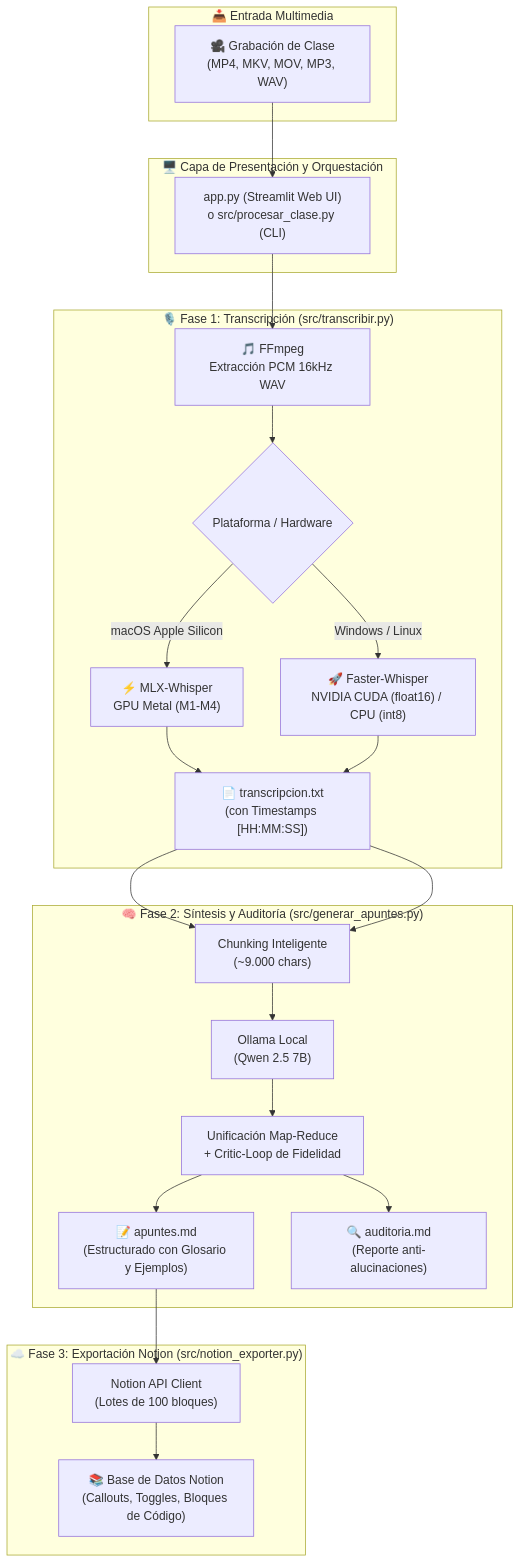
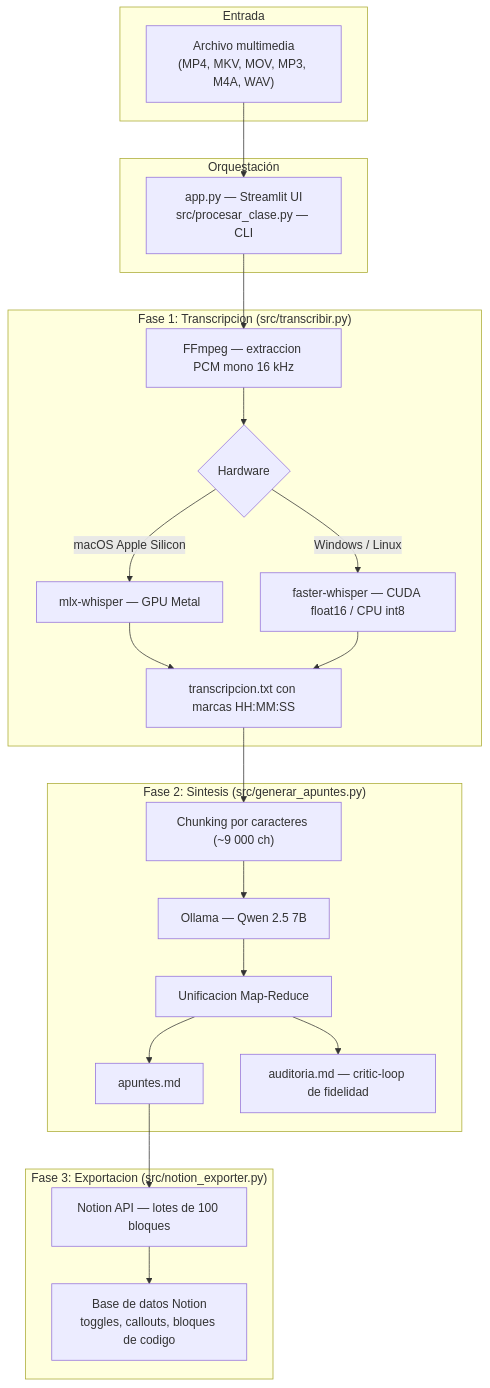
Before and after one commit to Fdemanna/lecture-flow: the diagram in README.md, drawn with Mermaid. The commit also changed other lines of this file, not shown here.

````diff
--- a/README.md
+++ b/README.md
@@ -33,36 +42,33 @@
 ```mermaid
 flowchart TD
-    subgraph ENTRADA["📥 Entrada Multimedia"]
-        A["🎥 Grabación de Clase<br/>(MP4, MKV, MOV, MP3, WAV)"]
+    subgraph INPUT["Entrada"]
+        A["Archivo multimedia<br/>(MP4, MKV, MOV, MP3, M4A, WAV)"]
     end
 
-    subgraph INTERFAZ["🖥️ Capa de Presentación y Orquestación"]
-        B["app.py (Streamlit Web UI)<br/>o src/procesar_clase.py (CLI)"]
+    subgraph ORCHESTRATION["Orquestación"]
+        B["app.py — Streamlit UI<br/>src/procesar_clase.py — CLI"]
     end
 
-    subgraph FASE1["🎙️ Fase 1: Transcripción (src/transcribir.py)"]
-        C["🎵 FFmpeg<br/>Extracción PCM 16kHz WAV"] --> D{"Plataforma / Hardware"}
-        D -->|macOS Apple Silicon| E["⚡ MLX-Whisper<br/>GPU Metal (M1-M4)"]
-        D -->|Windows / Linux| F["🚀 Faster-Whisper<br/>NVIDIA CUDA (float16) / CPU (int8)"]
-        E --> G["📄 transcripcion.txt<br/>(con Timestamps [HH:MM:SS])"]
+    subgraph PHASE1["Fase 1: Transcripcion  (src/transcribir.py)"]
+        C["FFmpeg — extraccion PCM mono 16 kHz"] --> D{"Hardware"}
+        D -->|"macOS Apple Silicon"| E["mlx-whisper — GPU Metal"]
+        D -->|"Windows / Linux"| F["faster-whisper — CUDA float16 / CPU int8"]
+        E --> G["transcripcion.txt con marcas HH:MM:SS"]
         F --> G
     end
 
-    subgraph FASE2["🧠 Fase 2: Síntesis y Auditoría (src/generar_apuntes.py)"]
-        H["Ollama Local<br/>(Qwen 2.5 7B)"]
-        G --> I["Chunking Inteligente<br/>(~9.000 chars)"]
-        I --> H
-        H --> J["Unificación Map-Reduce<br/>+ Critic-Loop de Fidelidad"]
-        J --> K["📝 apuntes.md<br/>(Estructurado con Glosario y Ejemplos)"]
-        J --> L["🔍 auditoria.md<br/>(Reporte anti-alucinaciones)"]
+    subgraph PHASE2["Fase 2: Sintesis  (src/generar_apuntes.py)"]
+        G --> H["Chunking por caracteres (~9 000 ch)"]
+        H --> I["Ollama — Qwen 2.5 7B"]
+        I --> J["Unificacion Map-Reduce"]
+        J --> K["apuntes.md"]
+        J --> L["auditoria.md — critic-loop de fidelidad"]
     end
 
-    subgraph FASE3["☁️ Fase 3: Exportación Notion (src/notion_exporter.py)"]
-        K --> M["Notion API Client<br/>(Lotes de 100 bloques)"]
-        M --> N["📚 Base de Datos Notion<br/>(Callouts, Toggles, Bloques de Código)"]
+    subgraph PHASE3["Fase 3: Exportacion  (src/notion_exporter.py)"]
+        K --> M["Notion API — lotes de 100 bloques"]
+        M --> N["Base de datos Notion<br/>toggles, callouts, bloques de codigo"]
     end
 
-    A --> B
-    B --> C
-    G --> I
+    A --> B --> C
 ```
````
